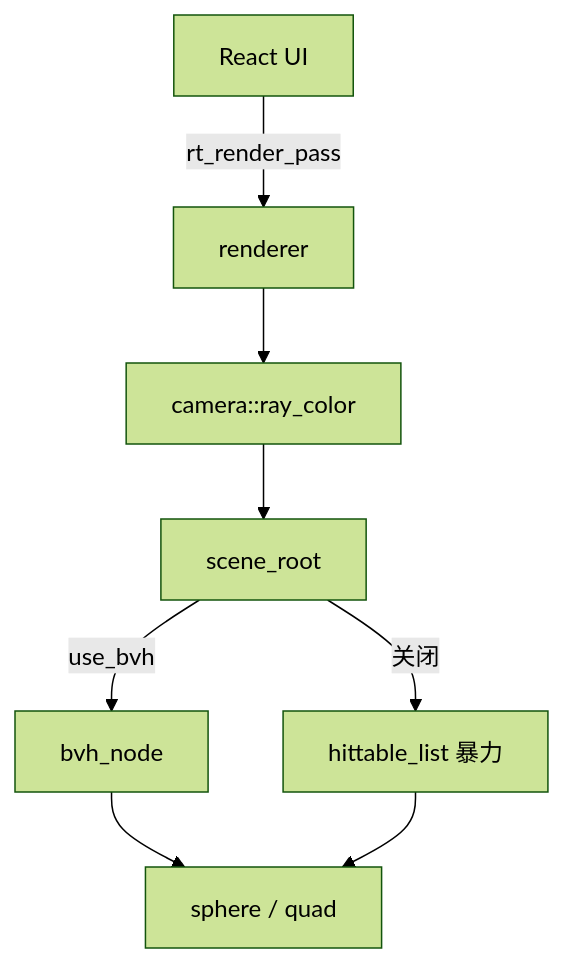
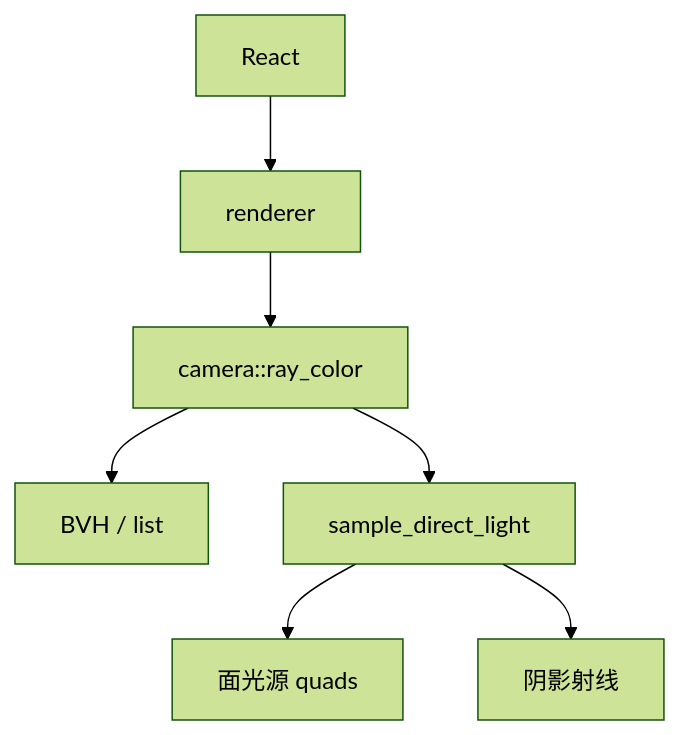
The first of 2 diagrams in docs/ARCHITECTURE.md (xiaoqianran/cpp-002), drawn with Mermaid (forest theme) before and after one commit. The commit also changed other lines of this file and 14 other files, not shown here.

````diff
--- a/docs/ARCHITECTURE.md
+++ b/docs/ARCHITECTURE.md
@@ -9,10 +5,9 @@
 ```mermaid
 flowchart TB
-  UI[React UI] -->|rt_render_pass| RT[renderer]
+  UI[React] --> RT[renderer]
   RT --> CAM[camera::ray_color]
-  CAM --> ROOT[scene_root]
-  ROOT -->|use_bvh| BVH[bvh_node]
-  ROOT -->|关闭| LIST[hittable_list 暴力]
-  BVH --> PRIM[sphere / quad]
-  LIST --> PRIM
+  CAM --> ROOT[BVH / list]
+  CAM --> NEE[sample_direct_light]
+  NEE --> Lights[面光源 quads]
+  NEE --> Shadow[阴影射线]
 ```
````
